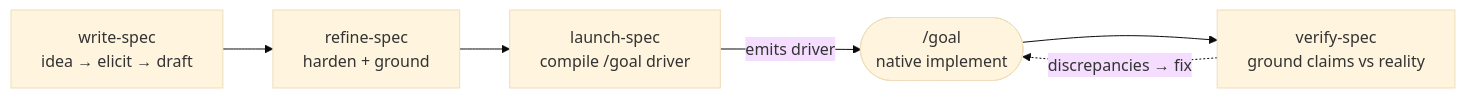
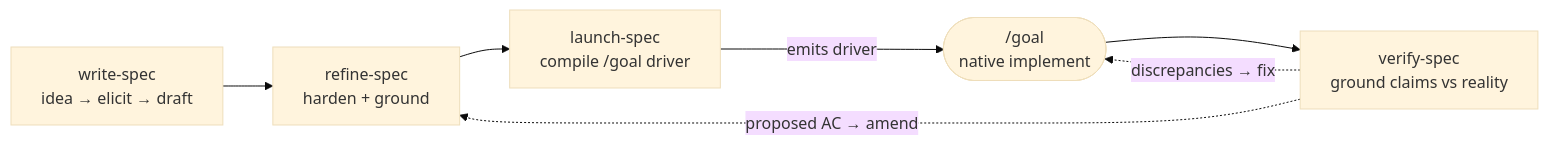
Before and after one commit to zakattack9/agentic-coding: the diagram in claude-code/plugins/spec-ops/README.md, drawn with Mermaid (base theme). The commit also changed other lines of this file and 6 other files, not shown here.

````diff
--- a/claude-code/plugins/spec-ops/README.md
+++ b/claude-code/plugins/spec-ops/README.md
@@ -5,8 +5,9 @@
 ```mermaid
 flowchart LR
     W["write-spec<br/>idea → elicit → draft"] --> R["refine-spec<br/>harden + ground"]
     R --> L["launch-spec<br/>compile /goal driver"]
     L -->|emits driver| G(["/goal<br/>native implement"])
     G --> V["verify-spec<br/>ground claims vs reality"]
     V -. discrepancies → fix .-> G
+    V -. proposed AC → amend .-> R
 ```
````
